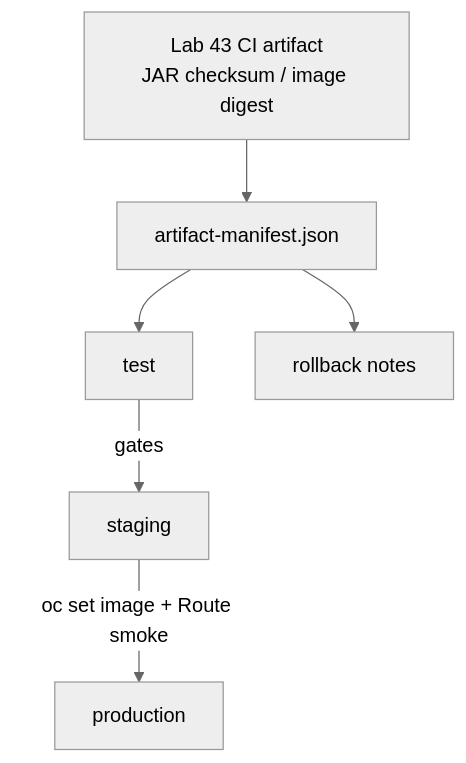
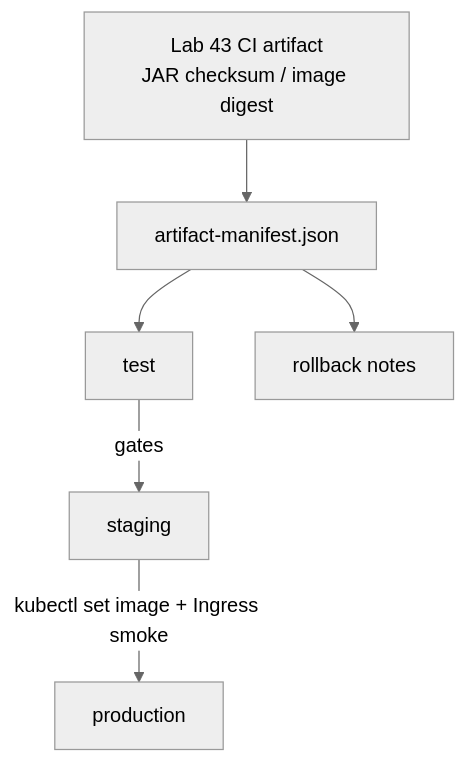
One commit to Innovation-In-Software/bc-sw-engineer-java-angular-participant changed the diagram in labs/Week 5 - DevOps, CI-CD and OpenShift/module-44/lab44/LAB-44-GUIDE.md. Above: the diagram before and after it, drawn with Mermaid (neutral theme). The commit also changed other lines of this file and 103 other files, not shown here.

````diff
--- a/labs/Week 5 - DevOps, CI-CD and OpenShift/module-44/lab44/LAB-44-GUIDE.md
+++ b/labs/Week 5 - DevOps, CI-CD and OpenShift/module-44/lab44/LAB-44-GUIDE.md
@@ -118,8 +118,8 @@
 ```mermaid
 flowchart TB
   CI["Lab 43 CI artifact<br/>JAR checksum / image digest"] --> Man["artifact-manifest.json"]
   Man --> Test["test"]
   Test -->|gates| Stg["staging"]
-  Stg -->|oc set image + Route smoke| Prod["production"]
+  Stg -->|kubectl set image + Ingress smoke| Prod["production"]
   Man --> Rollback["rollback notes"]
 ```
````
